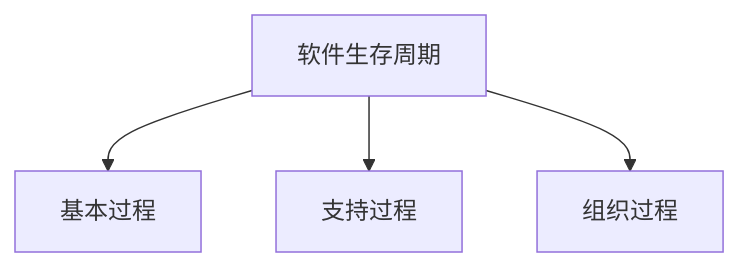
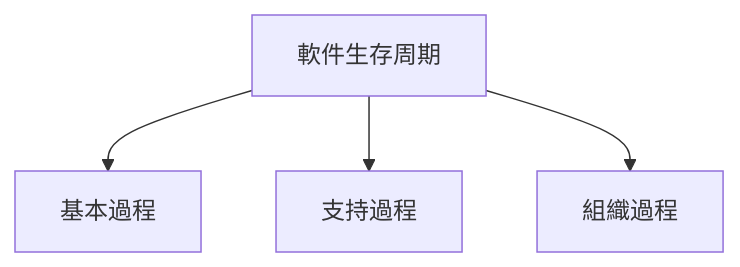
Before and after one commit to chchoiw/chchoiw.github.io: diagram 11 of 14 in _posts/2022-07-04-02333-software_engineer.md, drawn with Mermaid. The commit also changed other lines of this file, not shown here.

````diff
--- a/_posts/2022-07-04-02333-software_engineer.md
+++ b/_posts/2022-07-04-02333-software_engineer.md
@@ -1092,10 +1092,10 @@
 ```mermaid
 graph TB
-id1[软件生存周期]
-id2[基本过程]
-id3[支持过程]
-id4[组织过程]
+id1[軟件生存周期]
+id2[基本過程]
+id3[支持過程]
+id4[組織過程]
 id1-->id2
 id1-->id3
 id1-->id4
 ```
````
